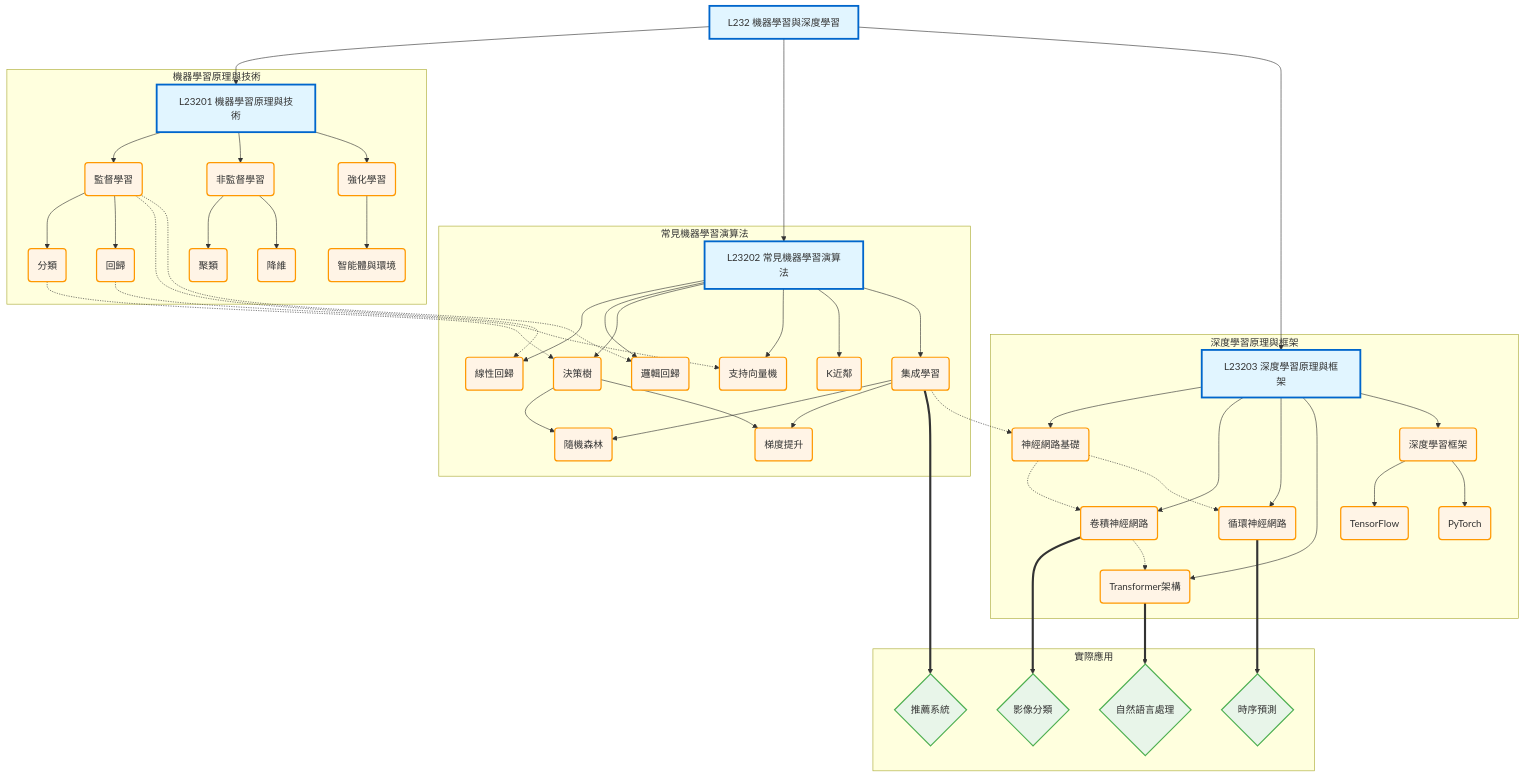
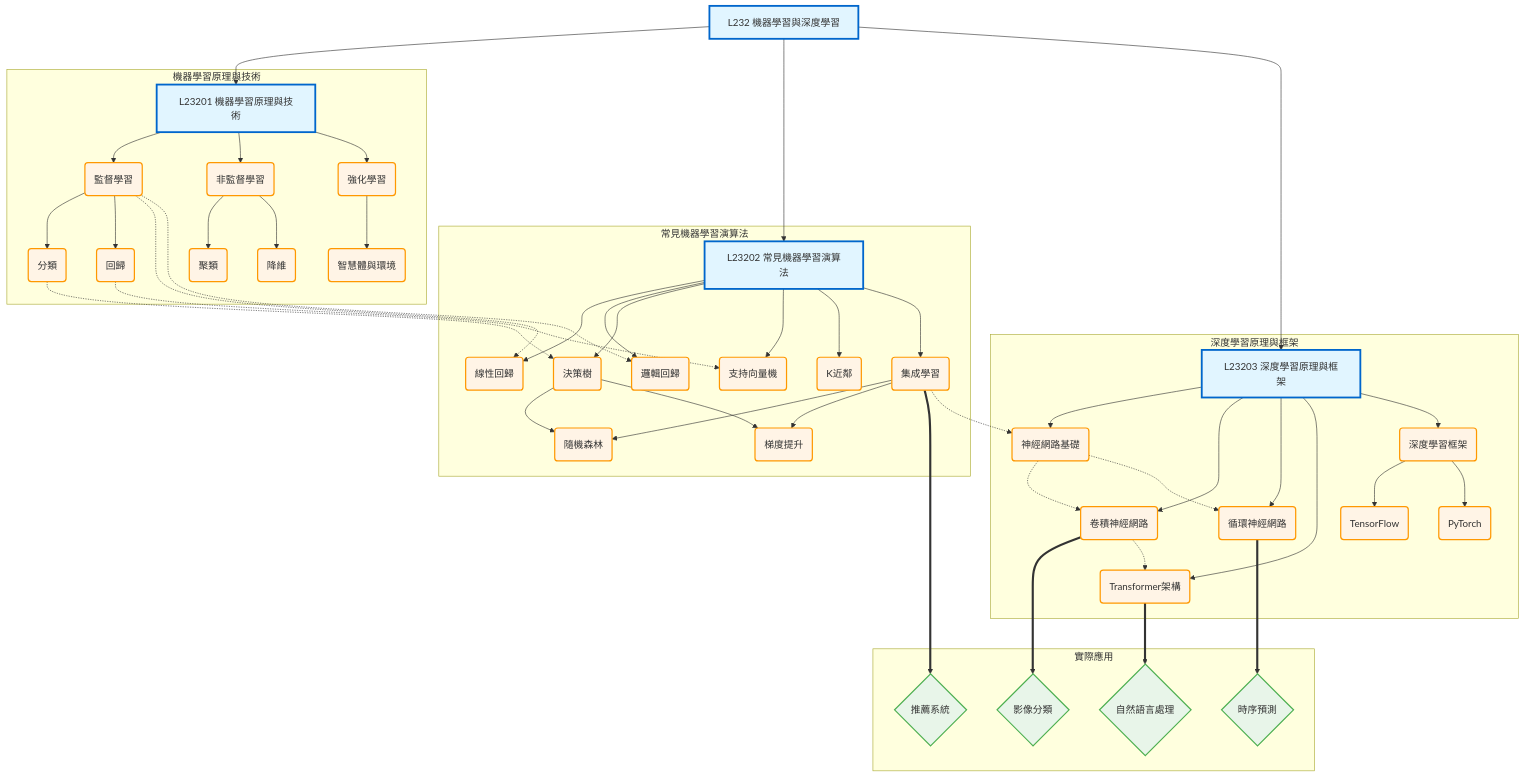
One commit to Yippine/QuizForge-AI changed the diagram in knowledge-base/ipas/2 mermaid/L232-機器學習與深度學習.md. Above: the diagram before and after it, drawn with Mermaid. The commit also changed other lines of this file and 12 other files, not shown here.

```diff
--- a/knowledge-base/ipas/2 mermaid/L232-機器學習與深度學習.md
+++ b/knowledge-base/ipas/2 mermaid/L232-機器學習與深度學習.md
@@ -24,7 +25,7 @@
         Regression(回歸)
         Clustering(聚類)
         DimReduce(降維)
-        RL_Agent(智能體與環境)
+        RL_Agent(智慧體與環境)
     end
 
     subgraph ML_Algorithms[常見機器學習演算法]
```
